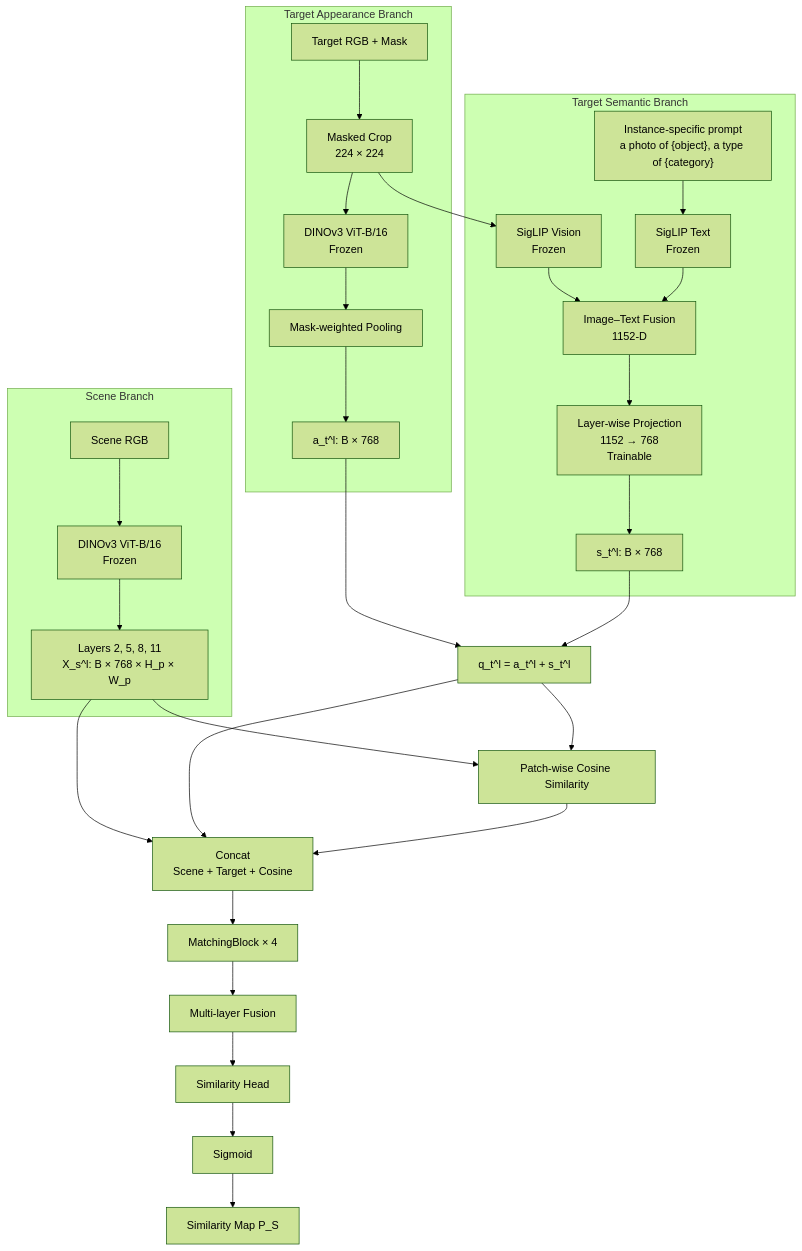
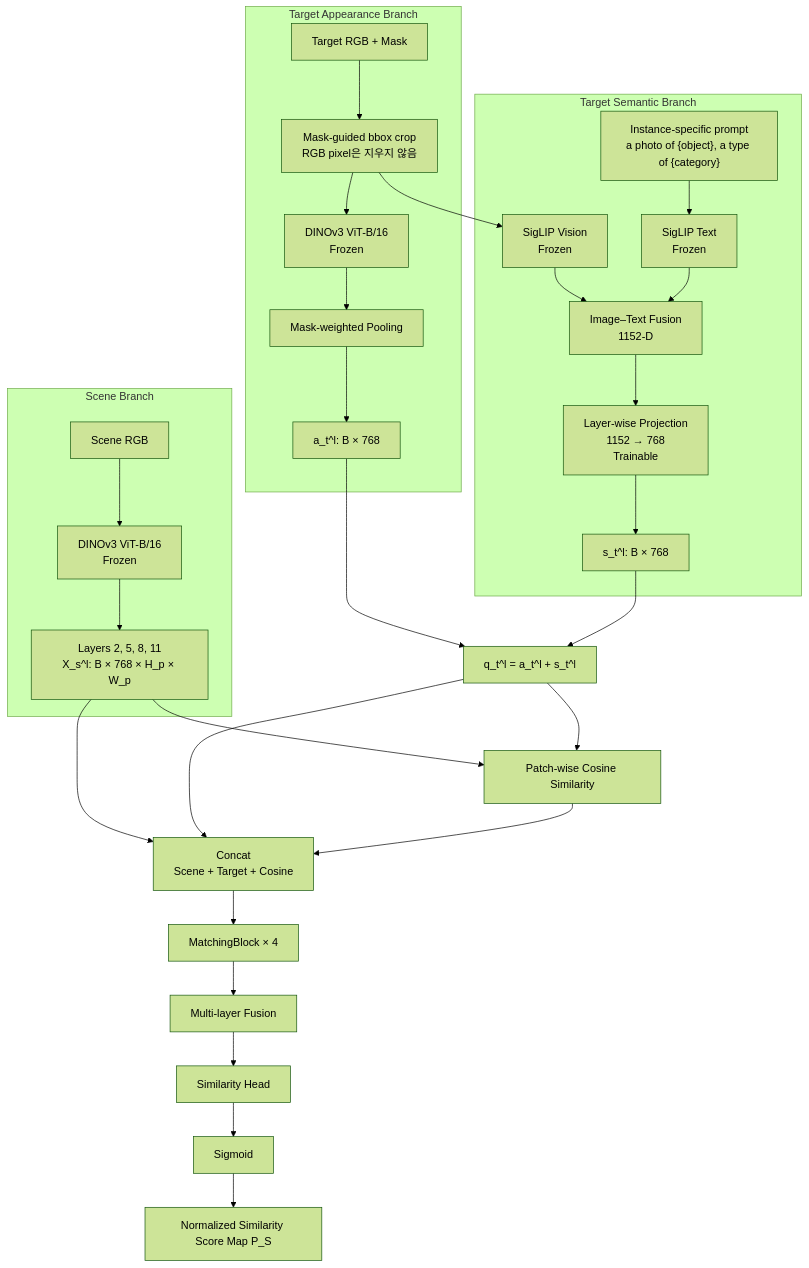
The second of 10 diagrams in README.md (JeonHaneul/2D-PDM_DINOv3), drawn with Mermaid (forest theme) before and after one commit. The commit also changed other lines of this file, not shown here.

````diff
--- a/README.md
+++ b/README.md
@@ -91,43 +122,43 @@
 ```mermaid
 flowchart TB
     subgraph SCENE["Scene Branch"]
         SRGB["Scene RGB"]
         SDINO["DINOv3 ViT-B/16<br/>Frozen"]
         SFEAT["Layers 2, 5, 8, 11<br/>X_s^l: B × 768 × H_p × W_p"]
         SRGB --> SDINO --> SFEAT
     end
 
     subgraph APPEARANCE["Target Appearance Branch"]
         TRGB["Target RGB + Mask"]
-        CROP["Masked Crop<br/>224 × 224"]
+        CROP["Mask-guided bbox crop<br/>RGB pixel은 지우지 않음"]
         TDINO["DINOv3 ViT-B/16<br/>Frozen"]
         POOL["Mask-weighted Pooling"]
         AVEC["a_t^l: B × 768"]
         TRGB --> CROP --> TDINO --> POOL --> AVEC
     end
 
     subgraph SEMANTIC["Target Semantic Branch"]
         SIGIMG["SigLIP Vision<br/>Frozen"]
         PROMPT["Instance-specific prompt<br/>a photo of {object}, a type of {category}"]
         SIGTXT["SigLIP Text<br/>Frozen"]
         SEMFUSE["Image–Text Fusion<br/>1152-D"]
         PROJ["Layer-wise Projection<br/>1152 → 768<br/>Trainable"]
         SVEC["s_t^l: B × 768"]
         CROP --> SIGIMG --> SEMFUSE
         PROMPT --> SIGTXT --> SEMFUSE
         SEMFUSE --> PROJ --> SVEC
     end
 
     AVEC --> QFUSE["q_t^l = a_t^l + s_t^l"]
     SVEC --> QFUSE
     SFEAT --> COS["Patch-wise Cosine Similarity"]
     QFUSE --> COS
     SFEAT --> INTERACT["Concat<br/>Scene + Target + Cosine"]
     QFUSE --> INTERACT
     COS --> INTERACT
     INTERACT --> BLOCKS["MatchingBlock × 4"]
     BLOCKS --> LFUSE["Multi-layer Fusion"]
     LFUSE --> HEAD["Similarity Head"]
     HEAD --> SIGMOID["Sigmoid"]
-    SIGMOID --> PMAP["Similarity Map P_S"]
+    SIGMOID --> PMAP["Normalized Similarity Score Map P_S"]
 ```
````
